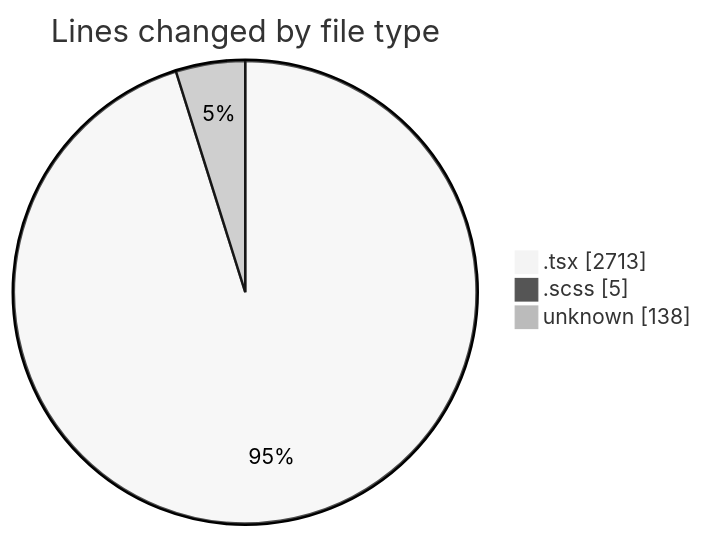
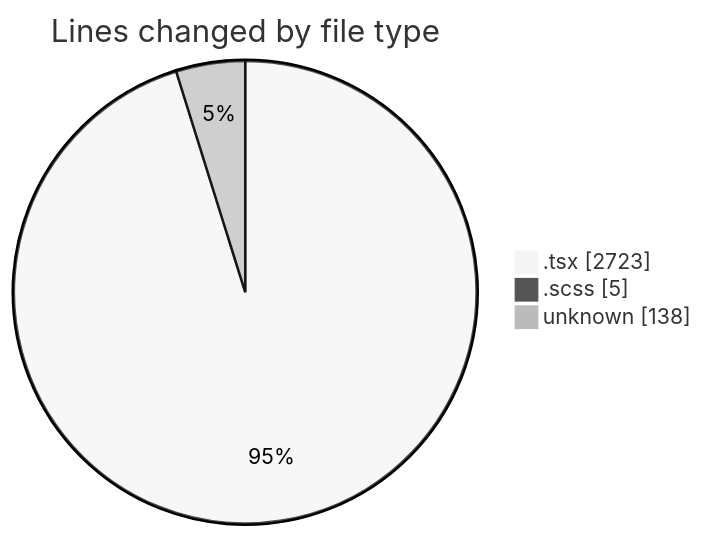
Before and after one commit to momahboobian/code-tracking: the first of 2 diagrams in 2026-10-13/cda/README.md, drawn with Mermaid (neutral theme). The commit also changed other lines of this file and 1 other file, not shown here.

````diff
--- a/2026-10-13/cda/README.md
+++ b/2026-10-13/cda/README.md
@@ -35,7 +35,7 @@
 ```mermaid
 pie showData
 title Lines changed by file type
-".tsx" : 2713
+".tsx" : 2723
 ".scss" : 5
 "unknown" : 138
 ```
````
